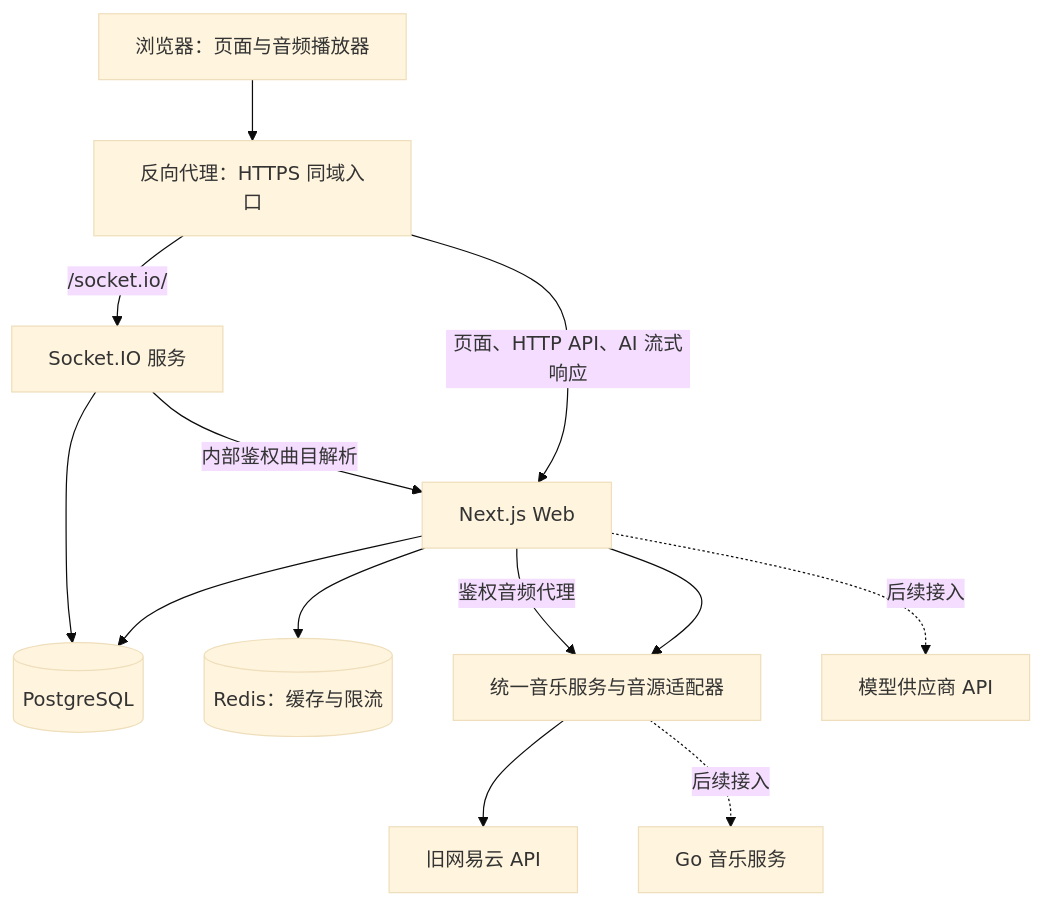
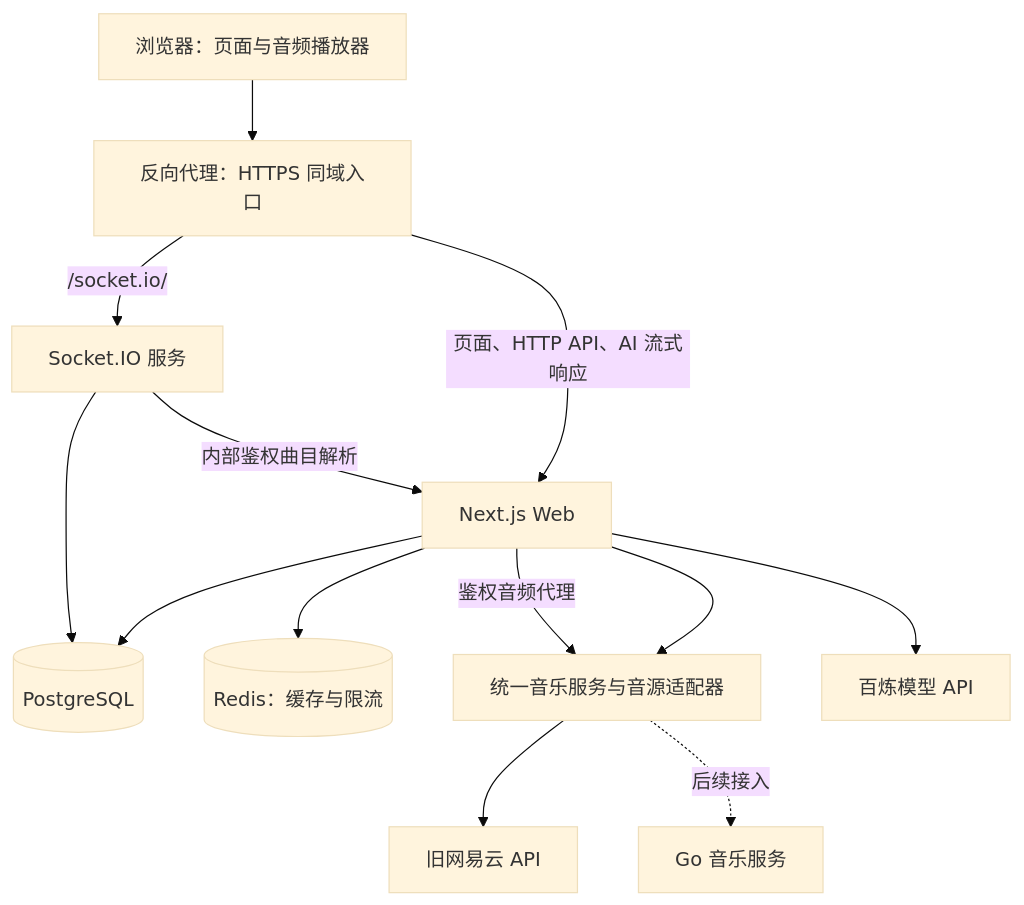
The diagram in docs/项目概览.md (NaClzzz/POOL), drawn with Mermaid (base theme) before and after one commit. The commit also changed other lines of this file and 46 other files, not shown here.

````diff
--- a/docs/项目概览.md
+++ b/docs/项目概览.md
@@ -69,15 +71,15 @@
 ```mermaid
 flowchart TD
     Browser[浏览器：页面与音频播放器] --> Proxy[反向代理：HTTPS 同域入口]
     Proxy -->|页面、HTTP API、AI 流式响应| Web[Next.js Web]
     Proxy -->|/socket.io/| Realtime[Socket.IO 服务]
     Web --> PG[(PostgreSQL)]
     Web --> Redis[(Redis：缓存与限流)]
     Realtime --> PG
     Web --> Music[统一音乐服务与音源适配器]
     Music --> Legacy[旧网易云 API]
     Music -. 后续接入 .-> Go[Go 音乐服务]
-    Web -. 后续接入 .-> AI[模型供应商 API]
+    Web --> AI[百炼模型 API]
     Realtime -->|内部鉴权曲目解析| Web
     Web -->|鉴权音频代理| Music
 ```
````
